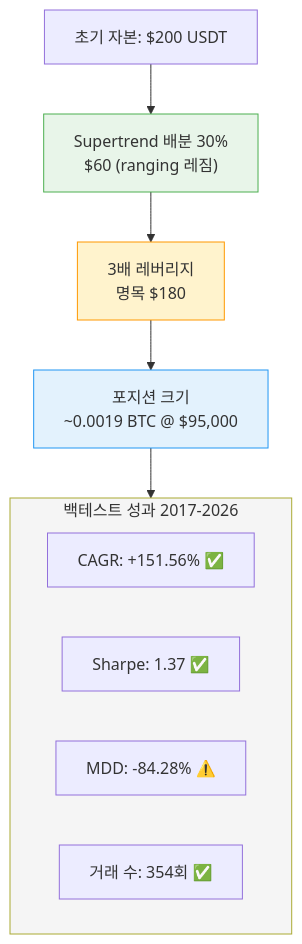
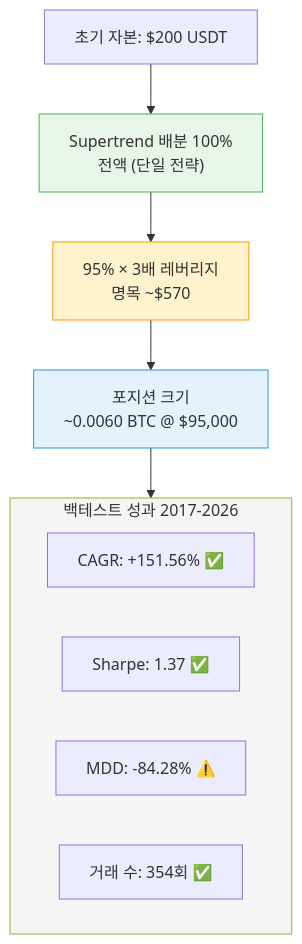
The first of 2 diagrams in docs/policies/leverage-limits.md (Justant-source/Bit-Mania), drawn with Mermaid before and after one commit. The commit also changed other lines of this file and 37 other files, not shown here.

````diff
--- a/docs/policies/leverage-limits.md
+++ b/docs/policies/leverage-limits.md
@@ -33,20 +33,20 @@
 ```mermaid
 graph TD
-    A["초기 자본: $200 USDT"] --> B["Supertrend 배분 30%<br>$60 (ranging 레짐)"]
-    B --> C["3배 레버리지<br>명목 $180"]
-    C --> D["포지션 크기<br>~0.0019 BTC @ $95,000"]
+    A["초기 자본: $200 USDT"] --> B["Supertrend 배분 100%<br>전액 (단일 전략)"]
+    B --> C["95% × 3배 레버리지<br>명목 ~$570"]
+    C --> D["포지션 크기<br>~0.0060 BTC @ $95,000"]
     
     subgraph Performance["백테스트 성과 2017-2026"]
         E["CAGR: +151.56% ✅"]
         F["Sharpe: 1.37 ✅"]
         G["MDD: -84.28% ⚠️"]
         H["거래 수: 354회 ✅"]
     end
     
     D --> Performance
     
     style B fill:#e8f5e9,stroke:#4caf50
     style C fill:#fff3cd,stroke:#ff9800
     style D fill:#e3f2fd,stroke:#2196f3
     style Performance fill:#f5f5f5
 ```
````
